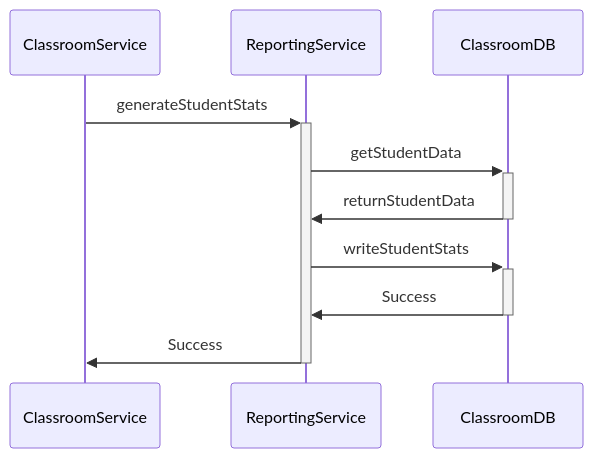
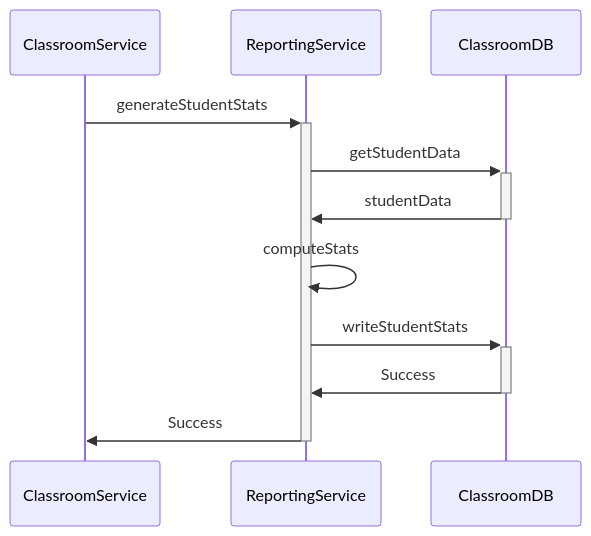
The diagram in diagrams/sequenceDiagrams/generateStats.md (zachariaswik/FE405_Project), drawn with Mermaid before and after one commit. The commit also changed other lines of this file, not shown here.

Commit message:
update generateStats diagram

````diff
--- a/diagrams/sequenceDiagrams/generateStats.md
+++ b/diagrams/sequenceDiagrams/generateStats.md
@@ -4,9 +4,10 @@
 ```mermaid
 sequenceDiagram
     ClassroomService ->>+ ReportingService: generateStudentStats
     ReportingService ->>+ ClassroomDB: getStudentData
-    ClassroomDB ->>- ReportingService: returnStudentData
+    ClassroomDB ->>- ReportingService: studentData
+    ReportingService ->> ReportingService: computeStats
     ReportingService ->>+ ClassroomDB: writeStudentStats
     ClassroomDB ->>- ReportingService: Success
     ReportingService ->>- ClassroomService: Success
 ```
````
